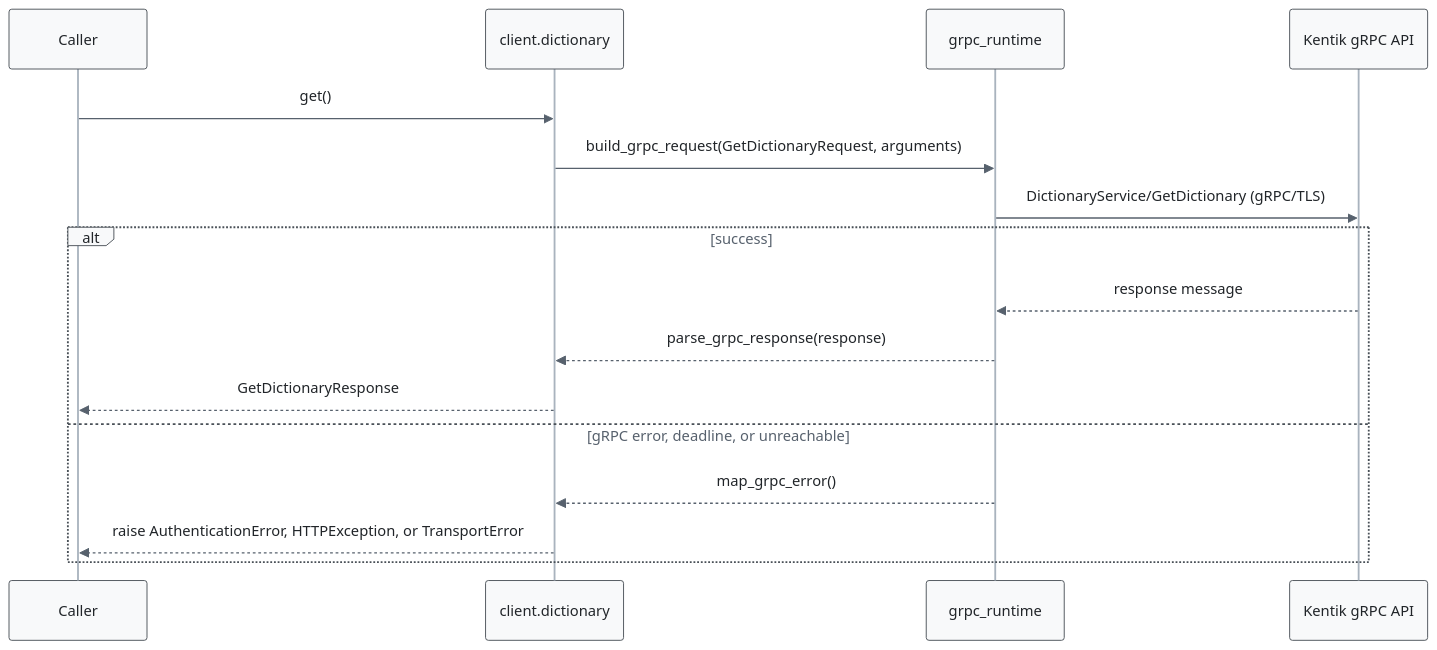
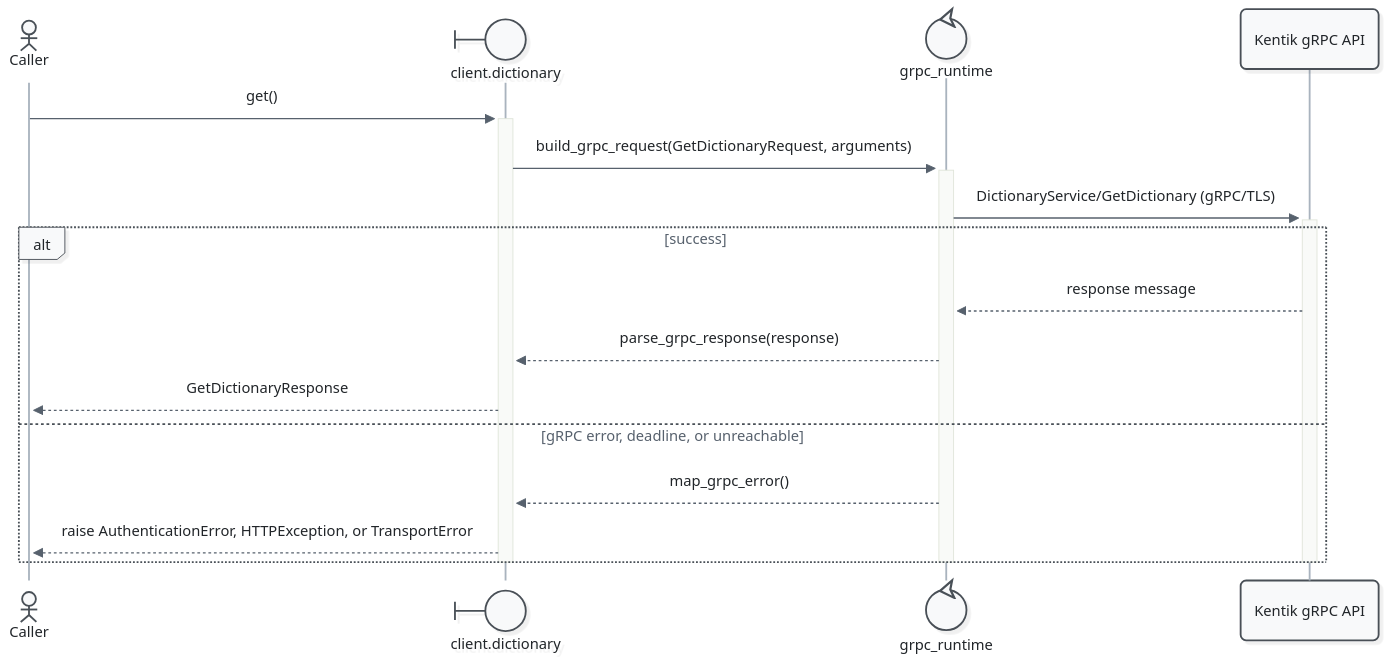
One commit to alexdearaujo/community_sdk_python changed the second of 3 diagrams in docs/sphinx/services/dictionary.md. Above: the diagram before and after it, drawn with Mermaid. The commit also changed other lines of this file and 52 other files, not shown here.

First line of the commit message:
docs: Mermaid 12 sequence diagrams with participant types and path colors

````diff
--- a/docs/sphinx/services/dictionary.md
+++ b/docs/sphinx/services/dictionary.md
@@ -55,20 +57,23 @@
 ```mermaid
-%%{init: {"theme": "base", "fontFamily": "ui-monospace, SFMono-Regular, Menlo, monospace", "themeVariables": {"fontFamily": "ui-monospace, SFMono-Regular, Menlo, monospace", "primaryColor": "#f8f9fa", "primaryBorderColor": "#495057", "primaryTextColor": "#212529", "textColor": "#212529", "lineColor": "#77818c", "edgeLabelBackground": "#ffffff", "actorBkg": "#f8f9fa", "actorBorder": "#495057", "actorTextColor": "#212529", "actorLineColor": "#a9b3be", "signalColor": "#57616d", "signalTextColor": "#212529", "labelBoxBkgColor": "#f8f9fa", "labelBoxBorderColor": "#495057", "labelTextColor": "#212529", "loopTextColor": "#57616d", "noteBkgColor": "#fff9db", "noteBorderColor": "#f08c00", "noteTextColor": "#a35a00"}, "flowchart": {"curve": "step", "nodeSpacing": 30, "rankSpacing": 70, "wrappingWidth": 400}}}%%
+%%{init: {"theme": "redux", "look": "neo", "layout": "dagre", "fontFamily": "ui-monospace, SFMono-Regular, Menlo, monospace", "themeVariables": {"fontFamily": "ui-monospace, SFMono-Regular, Menlo, monospace", "primaryColor": "#f8f9fa", "primaryBorderColor": "#495057", "primaryTextColor": "#212529", "textColor": "#212529", "lineColor": "#77818c", "edgeLabelBackground": "#ffffff", "actorBkg": "#f8f9fa", "actorBorder": "#495057", "actorTextColor": "#212529", "actorLineColor": "#a9b3be", "signalColor": "#57616d", "signalTextColor": "#212529", "labelBoxBkgColor": "#f8f9fa", "labelBoxBorderColor": "#495057", "labelTextColor": "#212529", "loopTextColor": "#57616d", "noteBkgColor": "#fff9db", "noteBorderColor": "#f08c00", "noteTextColor": "#a35a00"}, "sequence": {"activationWidth": 16}, "flowchart": {"curve": "step", "nodeSpacing": 30, "rankSpacing": 70, "wrappingWidth": 400}}}%%
 sequenceDiagram
-    participant C as Caller
-    participant W as client.dictionary
-    participant R as grpc_runtime
+    actor C as Caller
+    participant W@{ "type": "boundary" } as client.dictionary
+    participant R@{ "type": "control" } as grpc_runtime
     participant API as Kentik gRPC API
 
-    C->>W: get()
-    W->>R: build_grpc_request(GetDictionaryRequest, arguments)
-    R->>API: DictionaryService/GetDictionary (gRPC/TLS)
+    C->>+W: get()
+    W->>+R: build_grpc_request(GetDictionaryRequest, arguments)
+    R->>+API: DictionaryService/GetDictionary (gRPC/TLS)
     alt success
         API-->>R: response message
         R-->>W: parse_grpc_response(response)
         W-->>C: GetDictionaryResponse
     else gRPC error, deadline, or unreachable
         R-->>W: map_grpc_error()
         W-->>C: raise AuthenticationError, HTTPException, or TransportError
     end
+    deactivate API
+    deactivate R
+    deactivate W
 ```
````
